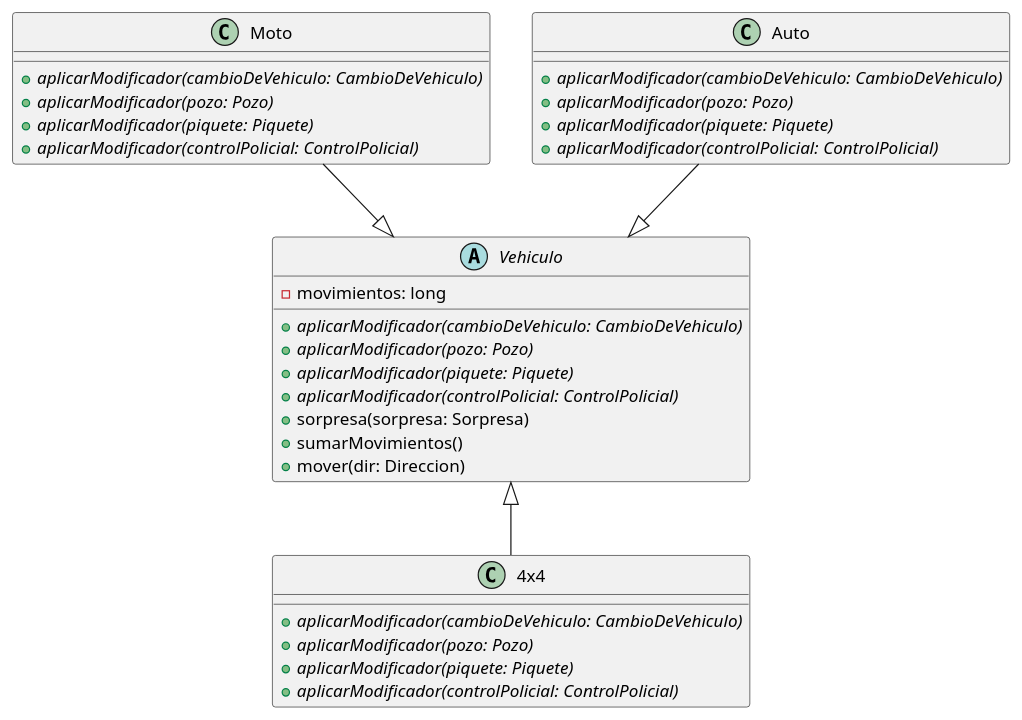
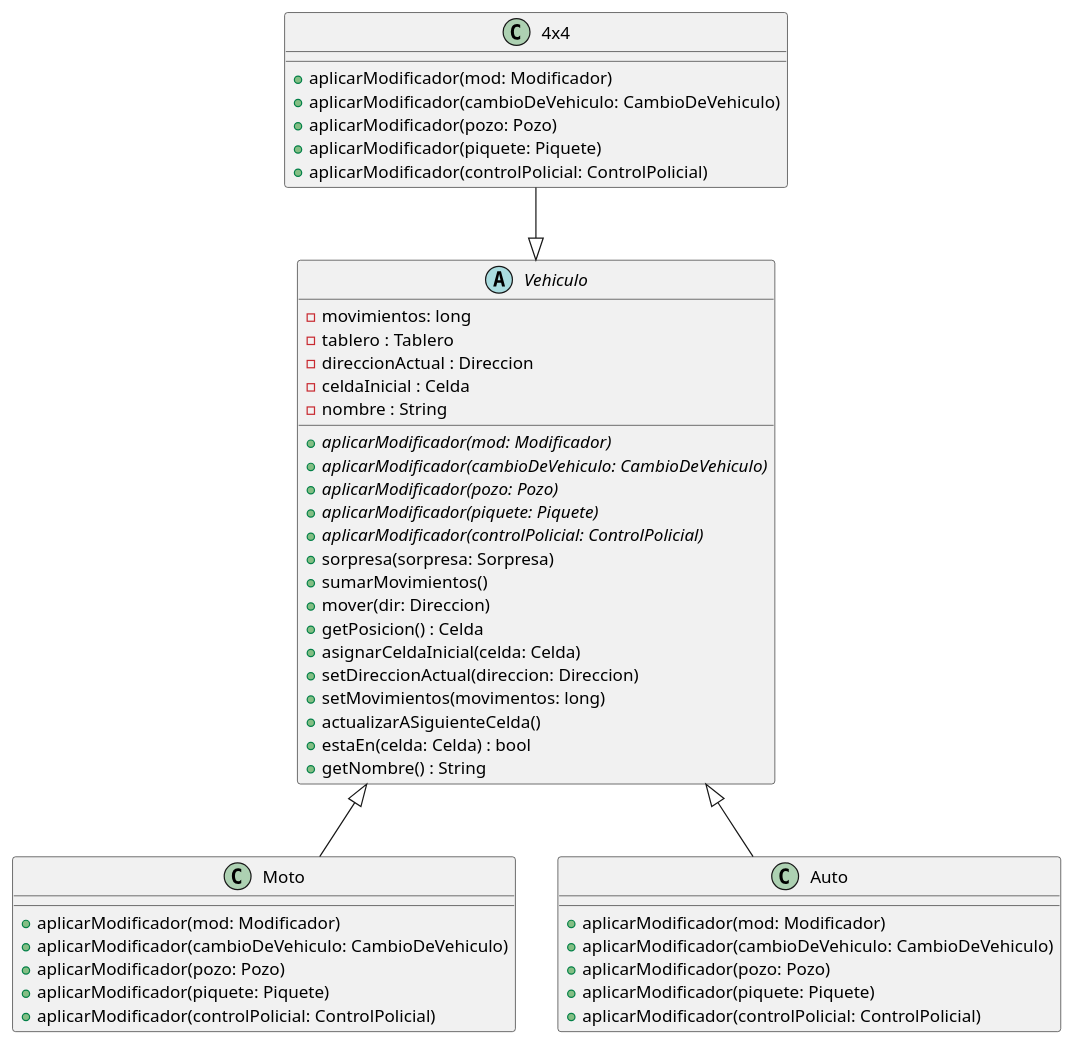
One commit to emtello/algo3_tp2_1C2022 changed the fourth of 5 diagrams in diagrams/classes/modelo/modelo.plantuml. Above: the diagram before and after it, drawn with PlantUML. The commit also changed other lines of this file and 5 other files, not shown here.

Commit message:
update de diagramas

```diff
--- a/diagrams/classes/modelo/modelo.plantuml
+++ b/diagrams/classes/modelo/modelo.plantuml
@@ -110,40 +186,55 @@
 @startuml interface-vehiculo
 
 abstract Vehiculo {
     - movimientos: long
+    - tablero : Tablero
+    - direccionActual : Direccion
+    - celdaInicial : Celda
+    - nombre : String
 
+    + {abstract} aplicarModificador(mod: Modificador)
     + {abstract} aplicarModificador(cambioDeVehiculo: CambioDeVehiculo)
     + {abstract} aplicarModificador(pozo: Pozo)
     + {abstract} aplicarModificador(piquete: Piquete)
     + {abstract} aplicarModificador(controlPolicial: ControlPolicial)
     + sorpresa(sorpresa: Sorpresa)
     + sumarMovimientos()
     + mover(dir: Direccion)
+    + getPosicion() : Celda
+    + asignarCeldaInicial(celda: Celda)
+    + setDireccionActual(direccion: Direccion)
+    + setMovimientos(movimentos: long)
+    + actualizarASiguienteCelda()
+    + estaEn(celda: Celda) : bool
+    + getNombre() : String
 }
 
 class 4x4 {
-    + {abstract} aplicarModificador(cambioDeVehiculo: CambioDeVehiculo)
-    + {abstract} aplicarModificador(pozo: Pozo)
-    + {abstract} aplicarModificador(piquete: Piquete)
-    + {abstract} aplicarModificador(controlPolicial: ControlPolicial)
+    + aplicarModificador(mod: Modificador)
+    + aplicarModificador(cambioDeVehiculo: CambioDeVehiculo)
+    + aplicarModificador(pozo: Pozo)
+    + aplicarModificador(piquete: Piquete)
+    + aplicarModificador(controlPolicial: ControlPolicial)
 }
 
 class Moto {
-    + {abstract} aplicarModificador(cambioDeVehiculo: CambioDeVehiculo)
-    + {abstract} aplicarModificador(pozo: Pozo)
-    + {abstract} aplicarModificador(piquete: Piquete)
-    + {abstract} aplicarModificador(controlPolicial: ControlPolicial)
+    + aplicarModificador(mod: Modificador)
+    + aplicarModificador(cambioDeVehiculo: CambioDeVehiculo)
+    + aplicarModificador(pozo: Pozo)
+    + aplicarModificador(piquete: Piquete)
+    + aplicarModificador(controlPolicial: ControlPolicial)
 }
 
 class Auto {
-    + {abstract} aplicarModificador(cambioDeVehiculo: CambioDeVehiculo)
-    + {abstract} aplicarModificador(pozo: Pozo)
-    + {abstract} aplicarModificador(piquete: Piquete)
-    + {abstract} aplicarModificador(controlPolicial: ControlPolicial)
+    + aplicarModificador(mod: Modificador)
+    + aplicarModificador(cambioDeVehiculo: CambioDeVehiculo)
+    + aplicarModificador(pozo: Pozo)
+    + aplicarModificador(piquete: Piquete)
+    + aplicarModificador(controlPolicial: ControlPolicial)
 }
 
-4x4 -up-|> Vehiculo
-Auto --|> Vehiculo
-Moto --|> Vehiculo
+4x4 -down-|> Vehiculo
+Auto -up-|> Vehiculo
+Moto -up-|> Vehiculo
 
 @enduml
```
